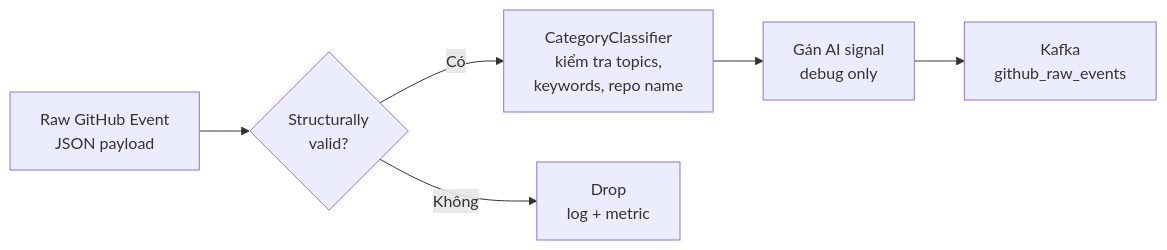
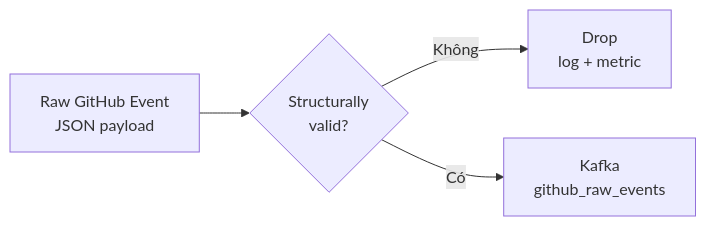
Before and after one commit to Himlamtech/Github-Analyzer: the diagram in docs/mermaid/event_filter_flow.mmd, drawn with Mermaid. The commit also changed 9 other files, not shown here.

```diff
--- a/docs/mermaid/event_filter_flow.mmd
+++ b/docs/mermaid/event_filter_flow.mmd
@@ -1,13 +1,9 @@
 flowchart LR
     RAW["Raw GitHub Event<br/>JSON payload"]
     VALID{"Structurally<br/>valid?"}
-    CLASS["CategoryClassifier<br/>kiểm tra topics,<br/>keywords, repo name"]
-    SIGNAL["Gán AI signal<br/>debug only"]
     KAFKA["Kafka<br/>github_raw_events"]
     DROP["Drop<br/>log + metric"]
 
     RAW --> VALID
     VALID -->|"Không"| DROP
-    VALID -->|"Có"| CLASS
-    CLASS --> SIGNAL
-    SIGNAL --> KAFKA
+    VALID -->|"Có"| KAFKA
```
